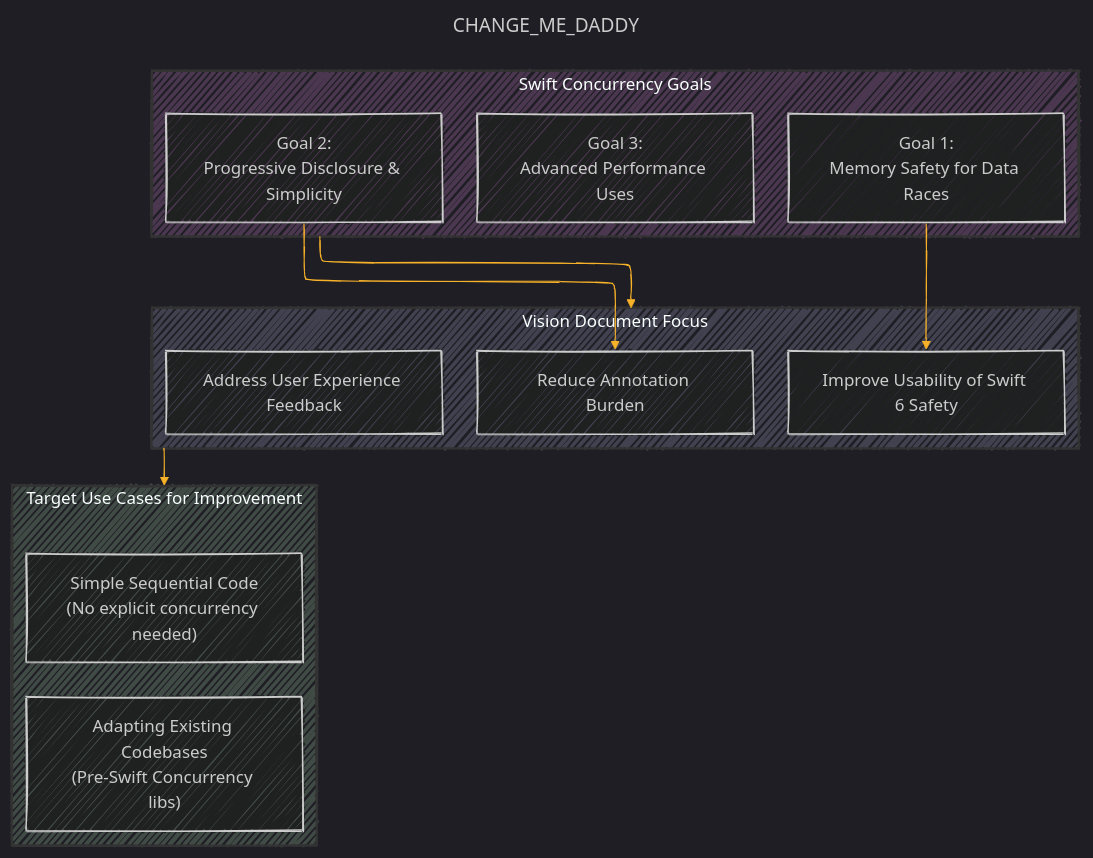
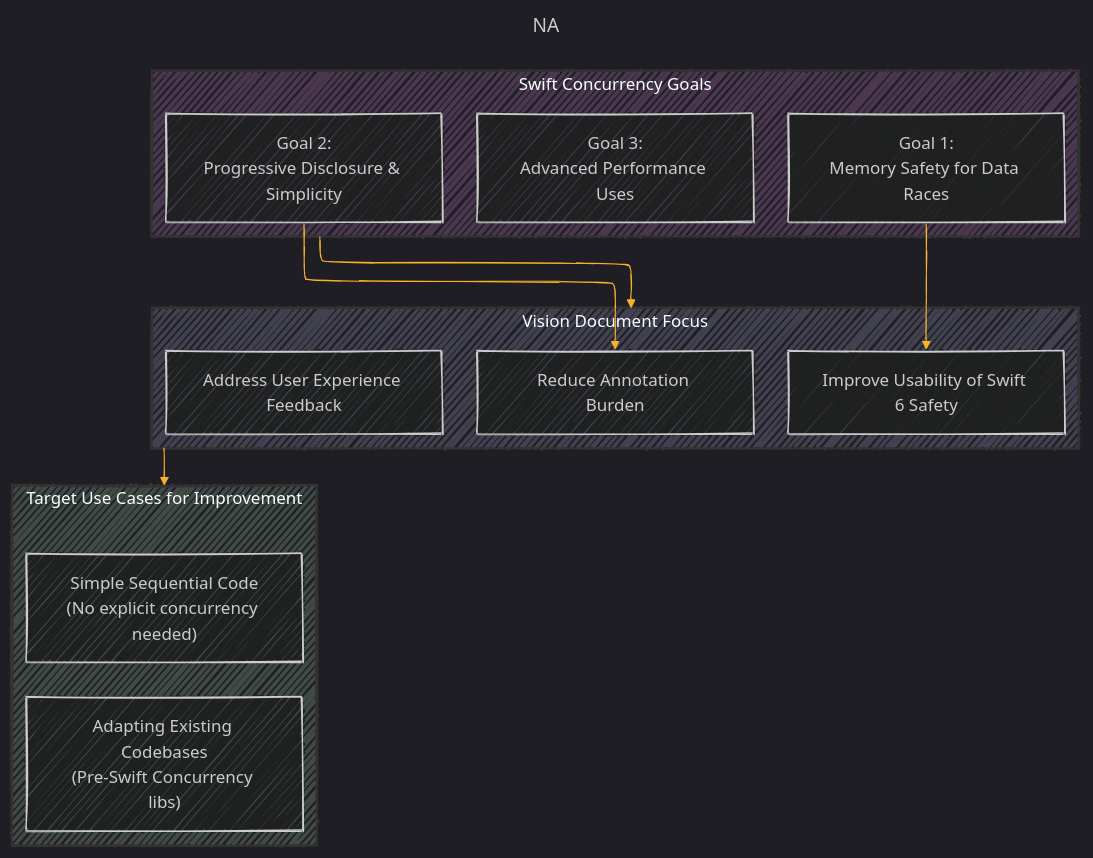
Before and after one commit to CongLeSolutionX/iOS-development-vault: the first of 11 diagrams in SWIFT_EVOLUTION/VISIONS/Improving_the_approachability_of data-race_safety.md, drawn with Mermaid. The commit also changed other lines of this file and 14 other files, not shown here.

````diff
--- a/SWIFT_EVOLUTION/VISIONS/Improving_the_approachability_of data-race_safety.md
+++ b/SWIFT_EVOLUTION/VISIONS/Improving_the_approachability_of data-race_safety.md
@@ -28,61 +28,61 @@
 ```mermaid
 ---
-title: "CHANGE_ME_DADDY"
-author: "Cong Le"
-version: "1.0"
-license(s): "MIT, CC BY 4.0"
-copyright: "Copyright (c) 2025 Cong Le. All Rights Reserved."
+title: NA
+author: NA
+version: NA
+license(s): NA
+copyright: NA
 config:
   layout: elk
   look: handDrawn
   theme: dark
 ---
 %%%%%%%% Mermaid version v11.4.1-b.14
 %%%%%%%% Toggle theme value to `base` to activate the initilization below for the customized theme version.
 %%%%%%%% Available curve styles include the following keywords:
 %% basis, bumpX, bumpY, cardinal, catmullRom, linear, monotoneX, monotoneY, natural, step, stepAfter, stepBefore.
 %%{
   init: {
     'graph': { 'htmlLabels': false, 'curve': 'linear' },
     'fontFamily': 'Monospace',
     'themeVariables': {
       'primaryColor': '#ffff',
       'primaryTextColor': '#55ff',
       'primaryBorderColor': '#7c2',
       'lineColor': '#F8B229',
       'secondaryColor': '#006100',
       'tertiaryColor': '#fff'
     }
   }
 }%%
 graph TD
     subgraph SwiftConcurrencyGoals["Swift Concurrency Goals"]
         direction LR
         G1["Goal 1:<br>Memory Safety for Data Races"]
         G2["Goal 2:<br>Progressive Disclosure & Simplicity"]
         G3["Goal 3:<br>Advanced Performance Uses"]
     end
 
     subgraph VisionFocus["Vision Document Focus"]
         direction LR
         V1["Improve Usability of Swift 6 Safety"]
         V2["Address User Experience Feedback"]
         V3["Reduce Annotation Burden"]
     end
 
     subgraph TargetUseCases["Target Use Cases for Improvement"]
         direction LR
         UC1["Simple Sequential Code<br>(No explicit concurrency needed)"]
         UC2["Adapting Existing Codebases<br>(Pre-Swift Concurrency libs)"]
     end
 
     SwiftConcurrencyGoals --> VisionFocus
     VisionFocus --> TargetUseCases
     G2 --> V3
     G1 --> V1
 
     style SwiftConcurrencyGoals fill:#f9f3,stroke:#333,stroke-width:2px
     style VisionFocus fill:#ccf3,stroke:#333,stroke-width:2px
     style TargetUseCases fill:#cfc3,stroke:#333,stroke-width:2px
     
 ```
````
